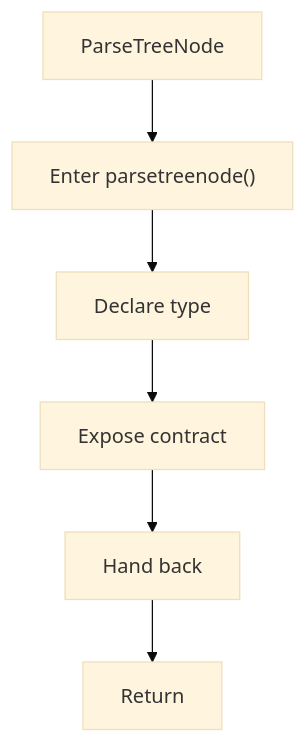
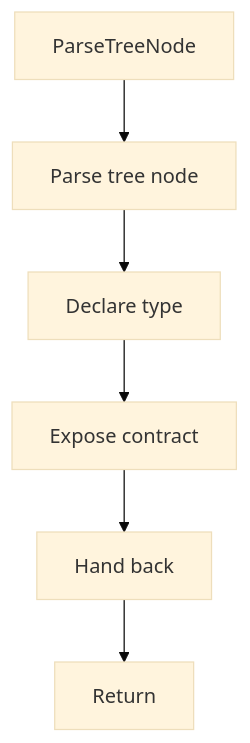
Before and after one commit to JohnAndrewBalbarosa/NeoTerritory: the diagram in docs/Codebase/Microservice/Modules/Header/SyntacticBrokenAST/Trees/Actual/Flow/functions/parsetreenode.hpp.md, drawn with Mermaid (base theme). The commit also changed other lines of this file and 915 other files, not shown here.

````diff
--- a/docs/Codebase/Microservice/Modules/Header/SyntacticBrokenAST/Trees/Actual/Flow/functions/parsetreenode.hpp.md
+++ b/docs/Codebase/Microservice/Modules/Header/SyntacticBrokenAST/Trees/Actual/Flow/functions/parsetreenode.hpp.md
@@ -16,14 +16,14 @@
 ```mermaid
 flowchart TD
     Start["ParseTreeNode"]
-    N0["Enter parsetreenode()"]
+    N0["Parse tree node"]
     N1["Declare type"]
     N2["Expose contract"]
     N3["Hand back"]
     End["Return"]
     Start --> N0
     N0 --> N1
     N1 --> N2
     N2 --> N3
     N3 --> End
 ```
````
